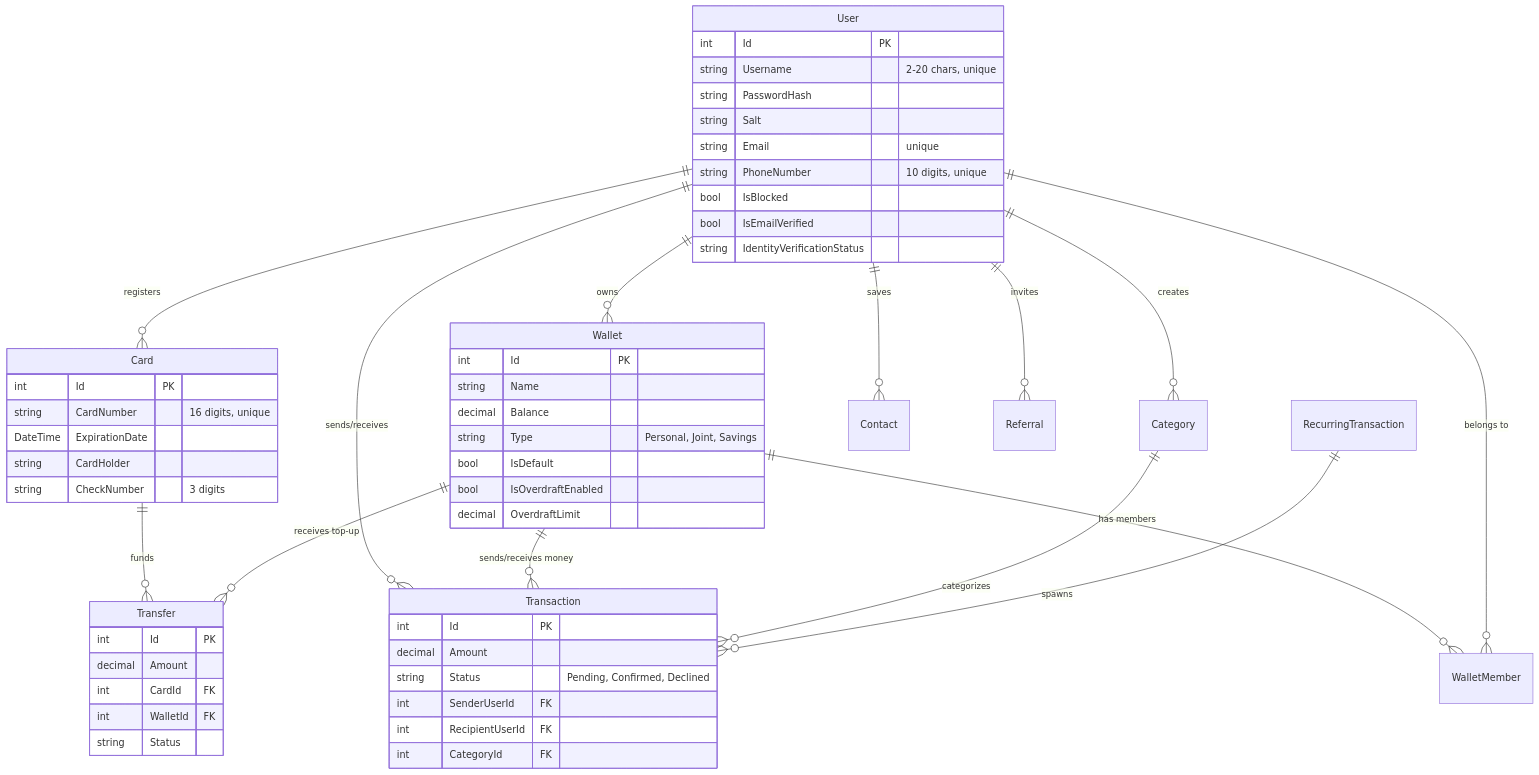
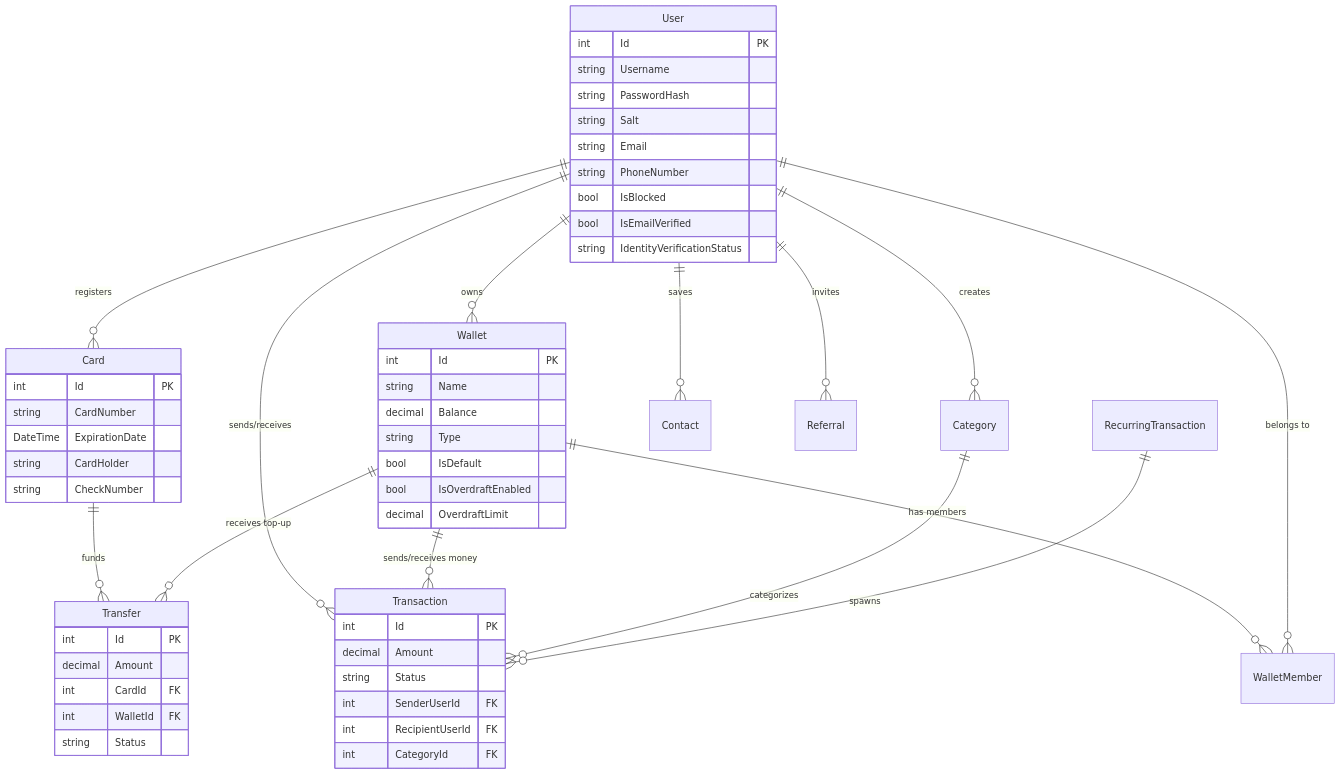
The diagram in README.md (nedevbozhidar/VirtualWallet), drawn with Mermaid before and after one commit. The commit also changed other lines of this file, not shown here.

````diff
--- a/README.md
+++ b/README.md
@@ -55,63 +46,63 @@
 ```mermaid
 erDiagram
     User ||--o{ Card : "registers"
     User ||--o{ Wallet : "owns"
     User ||--o{ Transaction : "sends/receives"
     User ||--o{ Category : "creates"
     User ||--o{ Contact : "saves"
     User ||--o{ Referral : "invites"
     Card ||--o{ Transfer : "funds"
     Wallet ||--o{ Transfer : "receives top-up"
     Wallet ||--o{ Transaction : "sends/receives money"
     Wallet ||--o{ WalletMember : "has members"
     User ||--o{ WalletMember : "belongs to"
     Category ||--o{ Transaction : "categorizes"
     RecurringTransaction ||--o{ Transaction : "spawns"
 
     User {
         int Id PK
-        string Username "2-20 chars, unique"
+        string Username
         string PasswordHash
         string Salt
-        string Email "unique"
-        string PhoneNumber "10 digits, unique"
+        string Email
+        string PhoneNumber
         bool IsBlocked
         bool IsEmailVerified
         string IdentityVerificationStatus
     }
 
     Wallet {
         int Id PK
         string Name
         decimal Balance
-        string Type "Personal, Joint, Savings"
+        string Type
         bool IsDefault
         bool IsOverdraftEnabled
         decimal OverdraftLimit
     }
 
     Card {
         int Id PK
-        string CardNumber "16 digits, unique"
+        string CardNumber
         DateTime ExpirationDate
         string CardHolder
-        string CheckNumber "3 digits"
+        string CheckNumber
     }
 
     Transaction {
         int Id PK
         decimal Amount
-        string Status "Pending, Confirmed, Declined"
+        string Status
         int SenderUserId FK
         int RecipientUserId FK
         int CategoryId FK
     }
 
     Transfer {
         int Id PK
         decimal Amount
         int CardId FK
         int WalletId FK
         string Status
     }
 ```
````
